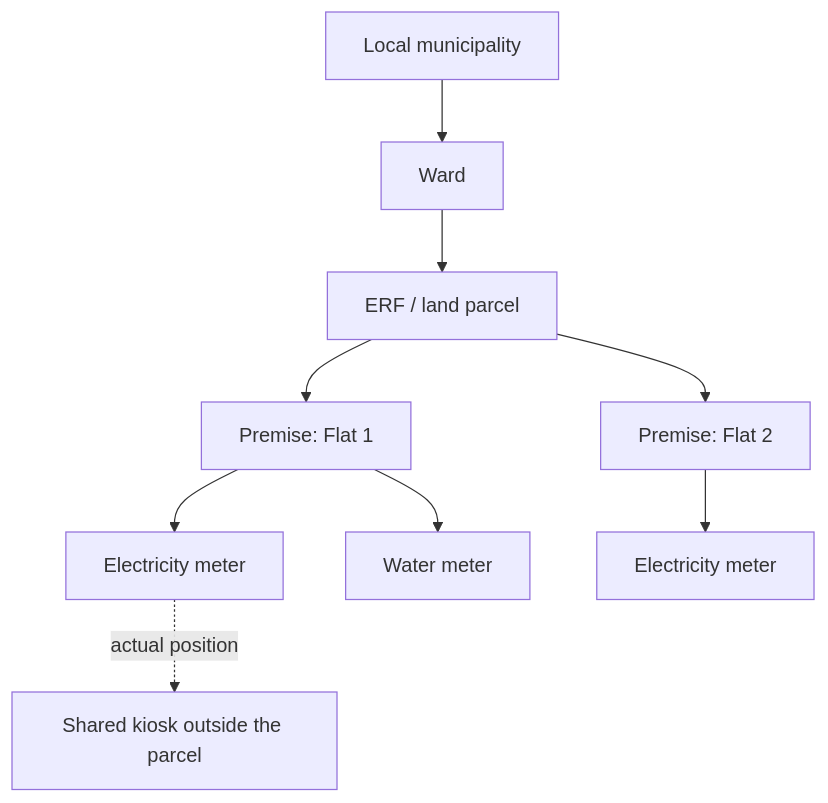
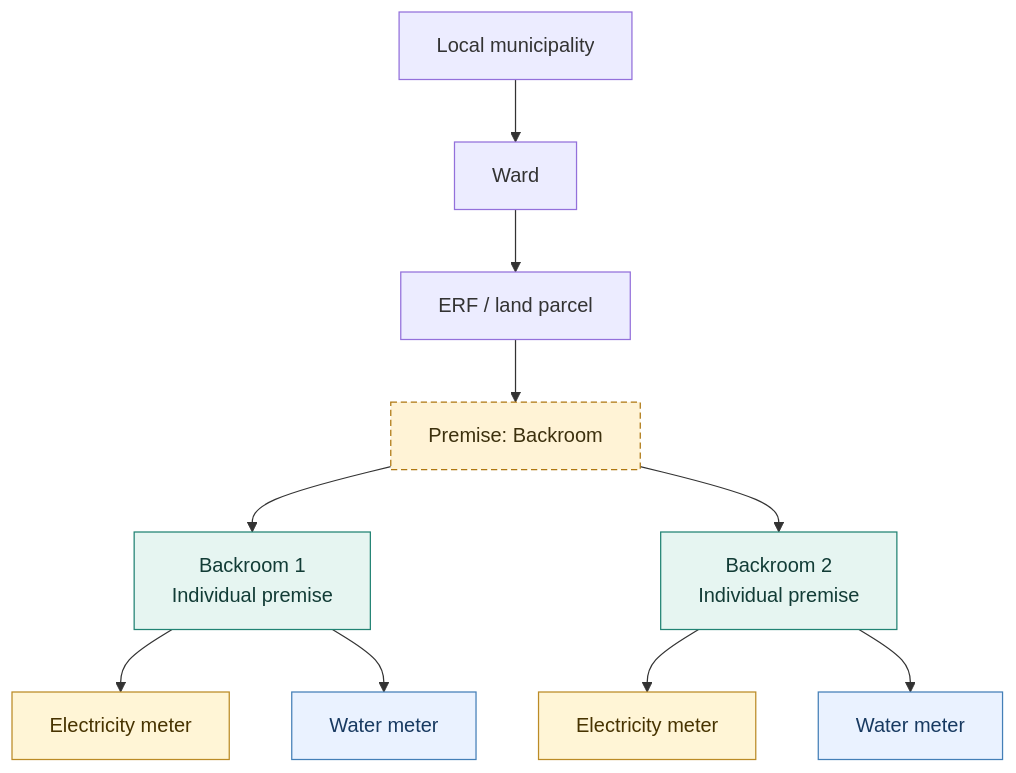
Before and after one commit to fikilek/ireps-academy: the fifth of 14 diagrams in 01-body-of-knowledge/meter-discover-body-of-knowledge.md, drawn with Mermaid. The commit also changed other lines of this file and 26 other files, not shown here.

````diff
--- a/01-body-of-knowledge/meter-discover-body-of-knowledge.md
+++ b/01-body-of-knowledge/meter-discover-body-of-knowledge.md
@@ -50,11 +219,23 @@
 ```mermaid
 flowchart TD
-    LM[Local municipality] --> W[Ward]
-    W --> E[ERF / land parcel]
-    E --> P1[Premise: Flat 1]
-    E --> P2[Premise: Flat 2]
-    P1 --> E1[Electricity meter]
-    P1 --> W1[Water meter]
-    P2 --> E2[Electricity meter]
-    E1 -. actual position .-> K[Shared kiosk outside the parcel]
+    LM["Local municipality"] --> W["Ward"]
+    W --> E["ERF / land parcel"]
+    E --> G["Premise: Backroom"]
+    G --> P1["Backroom 1<br/>Individual premise"]
+    P1 --> EM1["Electricity meter"]
+    P1 --> WM1["Water meter"]
+    G --> P2["Backroom 2<br/>Individual premise"]
+    P2 --> EM2["Electricity meter"]
+    P2 --> WM2["Water meter"]
+    classDef grouping fill:#fff3d6,stroke:#ae7711,stroke-dasharray:5 3,color:#3d310e
+    classDef premise fill:#e6f5f1,stroke:#218373,color:#123c36
+    classDef electricity fill:#fff5d6,stroke:#bb8b26,color:#473300
+    classDef water fill:#eaf2ff,stroke:#447fb7,color:#183a61
+    class G grouping
+    class P1 premise
+    class EM1 electricity
+    class WM1 water
+    class P2 premise
+    class EM2 electricity
+    class WM2 water
 ```
````
